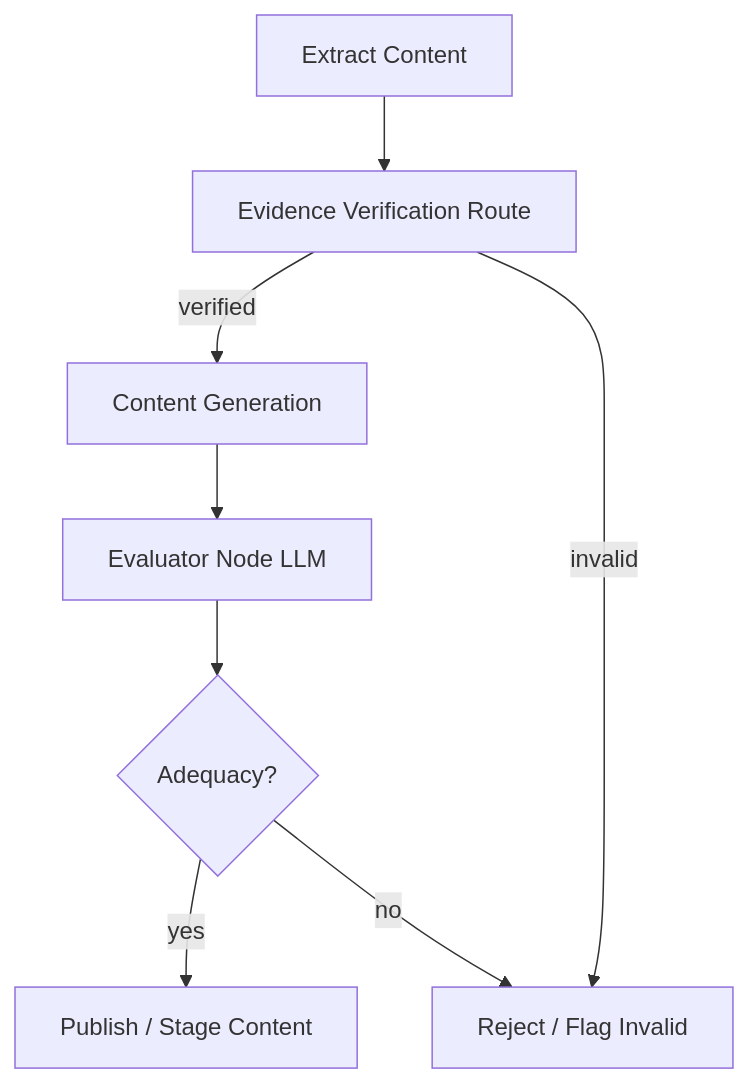
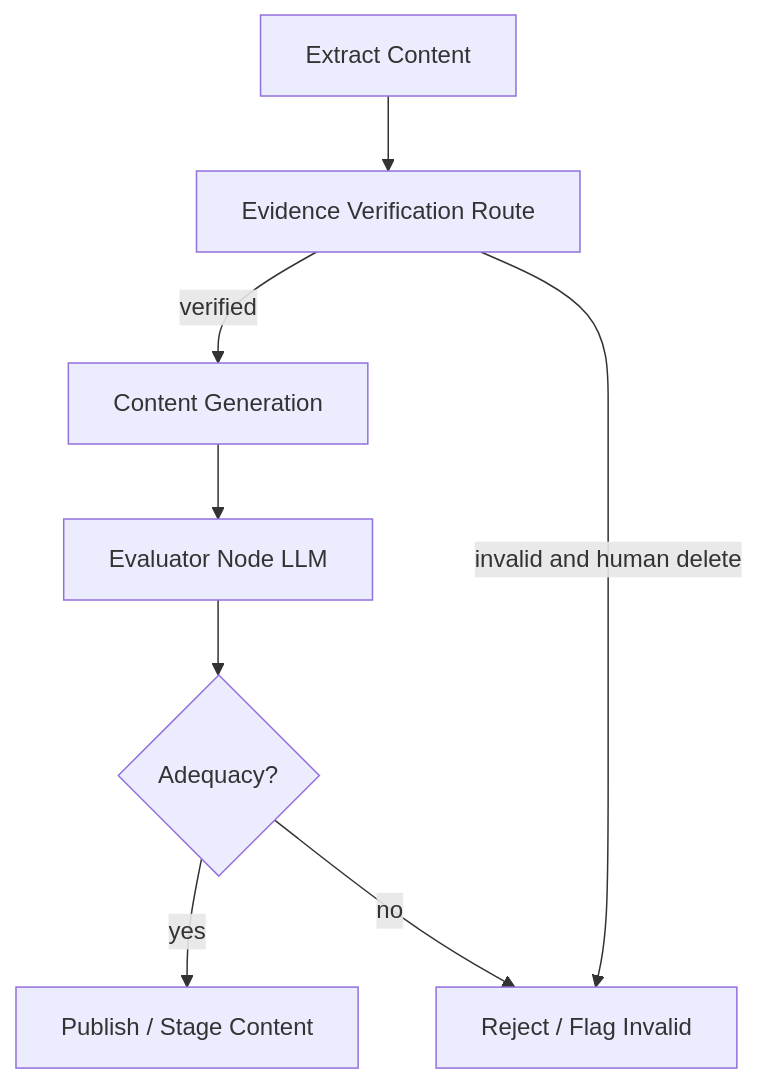
The diagram in demos/langsmith_langgraph_demo/diagrams/pipeline_flow.mmd (JCKING1278/legal-luminary), drawn with Mermaid before and after one commit.

Commit message:
Clarify rejection condition in pipeline flow diagram

```diff
--- a/demos/langsmith_langgraph_demo/diagrams/pipeline_flow.mmd
+++ b/demos/langsmith_langgraph_demo/diagrams/pipeline_flow.mmd
@@ -1,16 +1,16 @@
 flowchart TD
     A[Extract Content]  
     B[Evidence Verification Route]  
     C[Content Generation] 
     D[Evaluator Node LLM]
     E{Adequacy?}
     F[Publish / Stage Content]
     G[Reject / Flag Invalid]
 
     A --> B
     B -- verified --> C
-    B -- invalid --> G
+    B -- invalid and human delete --> G
     C --> D
     D --> E
     E -- yes --> F
     E -- no --> G
```
